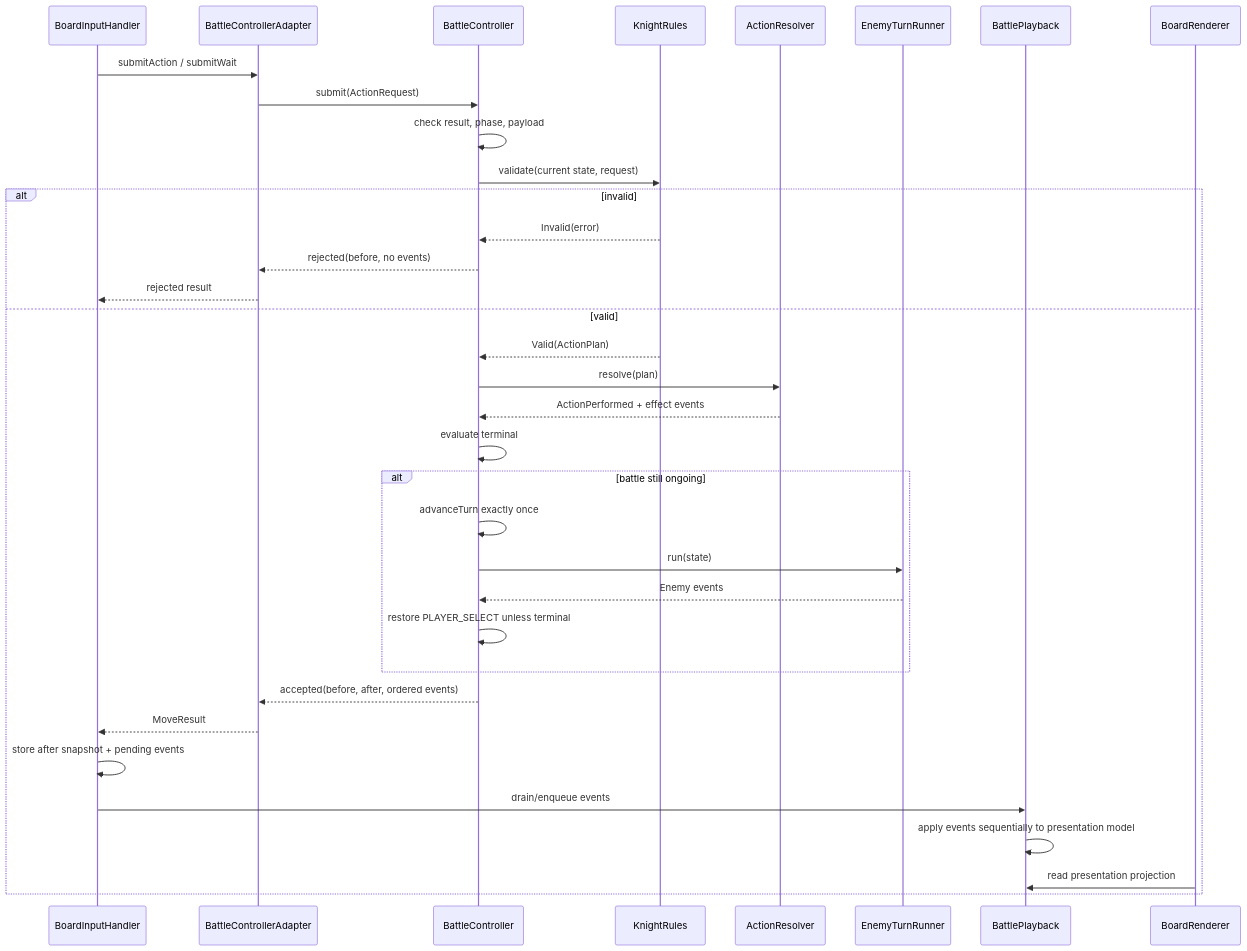
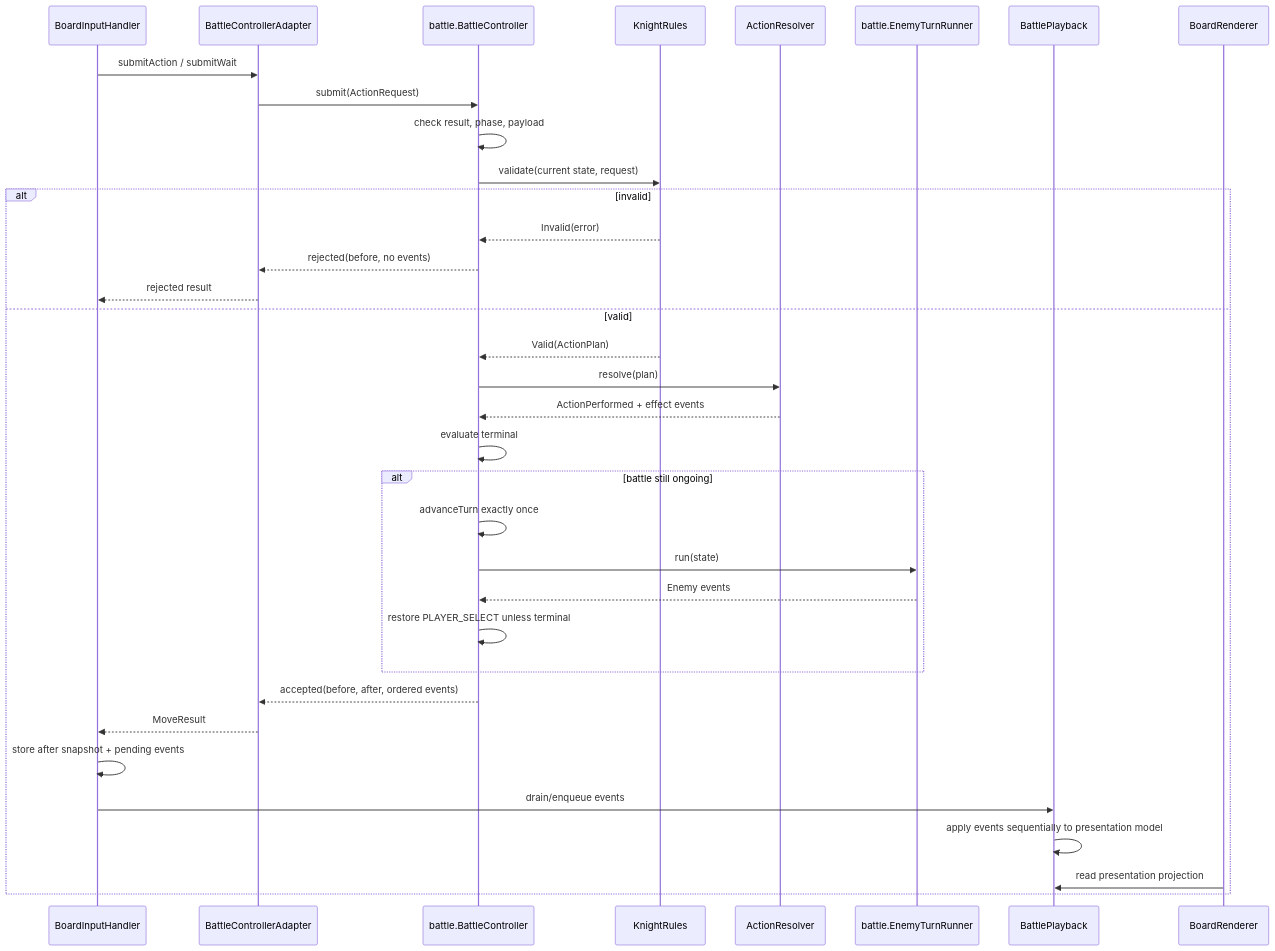
The third of 4 diagrams in docs/CODEBASE_OVERVIEW.md (do-manh-hiep/RogueKnight), drawn with Mermaid before and after one commit. The commit also changed other lines of this file and 22 other files, not shown here.

Commit message:
refactor: simplify redundant architecture layers

````diff
--- a/docs/CODEBASE_OVERVIEW.md
+++ b/docs/CODEBASE_OVERVIEW.md
@@ -87,37 +87,37 @@
 ```mermaid
 sequenceDiagram
     participant UI as BoardInputHandler
     participant Adapter as BattleControllerAdapter
-    participant C as BattleController
+    participant C as battle.BattleController
     participant R as KnightRules
     participant Resolver as ActionResolver
-    participant Enemy as EnemyTurnRunner
+    participant Enemy as battle.EnemyTurnRunner
     participant Playback as BattlePlayback
     participant View as BoardRenderer
     UI->>Adapter: submitAction / submitWait
     Adapter->>C: submit(ActionRequest)
     C->>C: check result, phase, payload
     C->>R: validate(current state, request)
     alt invalid
         R-->>C: Invalid(error)
         C-->>Adapter: rejected(before, no events)
         Adapter-->>UI: rejected result
     else valid
         R-->>C: Valid(ActionPlan)
         C->>Resolver: resolve(plan)
         Resolver-->>C: ActionPerformed + effect events
         C->>C: evaluate terminal
         alt battle still ongoing
             C->>C: advanceTurn exactly once
             C->>Enemy: run(state)
             Enemy-->>C: Enemy events
             C->>C: restore PLAYER_SELECT unless terminal
         end
         C-->>Adapter: accepted(before, after, ordered events)
         Adapter-->>UI: MoveResult
         UI->>UI: store after snapshot + pending events
         UI->>Playback: drain/enqueue events
         Playback->>Playback: apply events sequentially to presentation model
         View->>Playback: read presentation projection
     end
 ```
````
